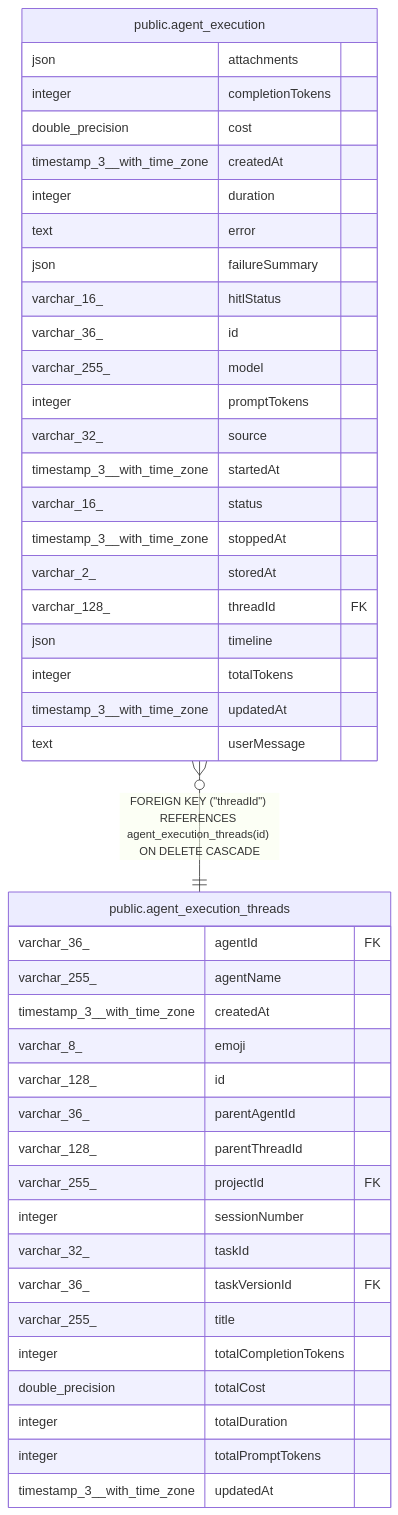
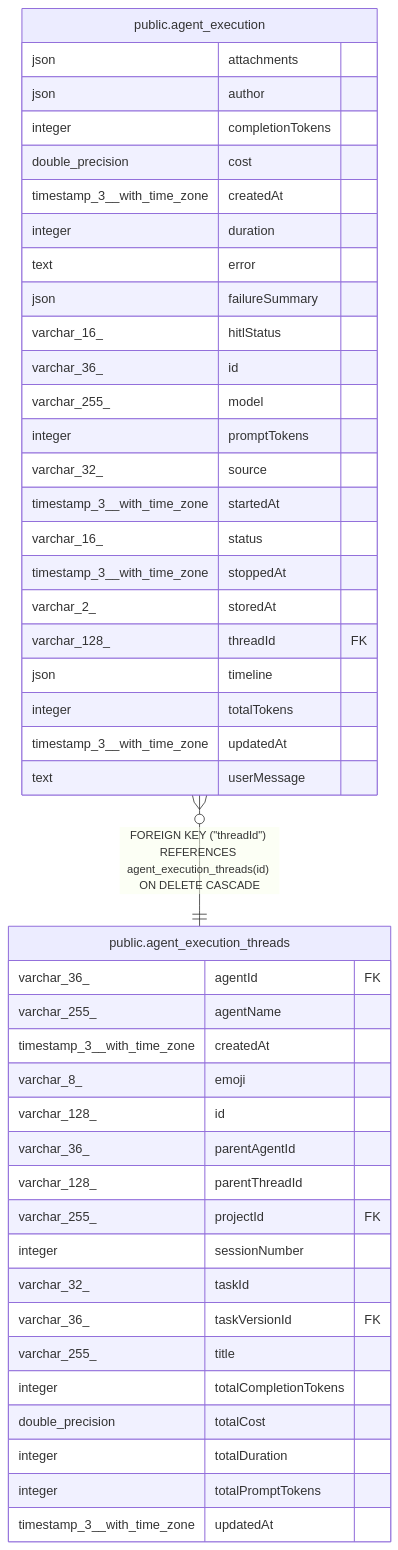
One commit to Tanishq-1/all-global-plugin changed the diagram in universal-plugin/backend/oss/n8n/docs/generated/postgres-schema/public.agent_execution.md. Above: the diagram before and after it, drawn with Mermaid. The commit also changed other lines of this file and 3199 other files, not shown here.

````diff
--- a/universal-plugin/backend/oss/n8n/docs/generated/postgres-schema/public.agent_execution.md
+++ b/universal-plugin/backend/oss/n8n/docs/generated/postgres-schema/public.agent_execution.md
@@ -56,48 +57,49 @@
 ```mermaid
 erDiagram
 
 "public.agent_execution" }o--|| "public.agent_execution_threads" : "FOREIGN KEY (#quot;threadId#quot;) REFERENCES agent_execution_threads(id) ON DELETE CASCADE"
 
 "public.agent_execution" {
   json attachments
+  json author
   integer completionTokens
   double_precision cost
   timestamp_3__with_time_zone createdAt
   integer duration
   text error
   json failureSummary
   varchar_16_ hitlStatus
   varchar_36_ id
   varchar_255_ model
   integer promptTokens
   varchar_32_ source
   timestamp_3__with_time_zone startedAt
   varchar_16_ status
   timestamp_3__with_time_zone stoppedAt
   varchar_2_ storedAt
   varchar_128_ threadId FK
   json timeline
   integer totalTokens
   timestamp_3__with_time_zone updatedAt
   text userMessage
 }
 "public.agent_execution_threads" {
   varchar_36_ agentId FK
   varchar_255_ agentName
   timestamp_3__with_time_zone createdAt
   varchar_8_ emoji
   varchar_128_ id
   varchar_36_ parentAgentId
   varchar_128_ parentThreadId
   varchar_255_ projectId FK
   integer sessionNumber
   varchar_32_ taskId
   varchar_36_ taskVersionId FK
   varchar_255_ title
   integer totalCompletionTokens
   double_precision totalCost
   integer totalDuration
   integer totalPromptTokens
   timestamp_3__with_time_zone updatedAt
 }
 ```
````
